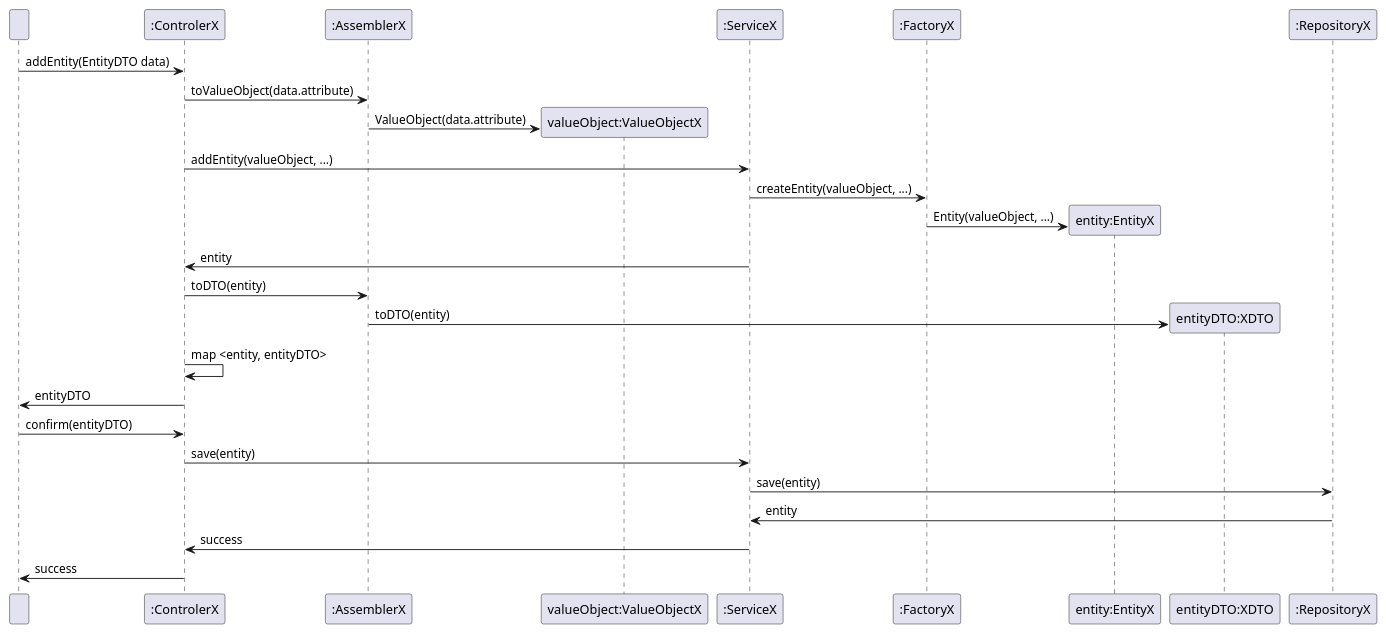
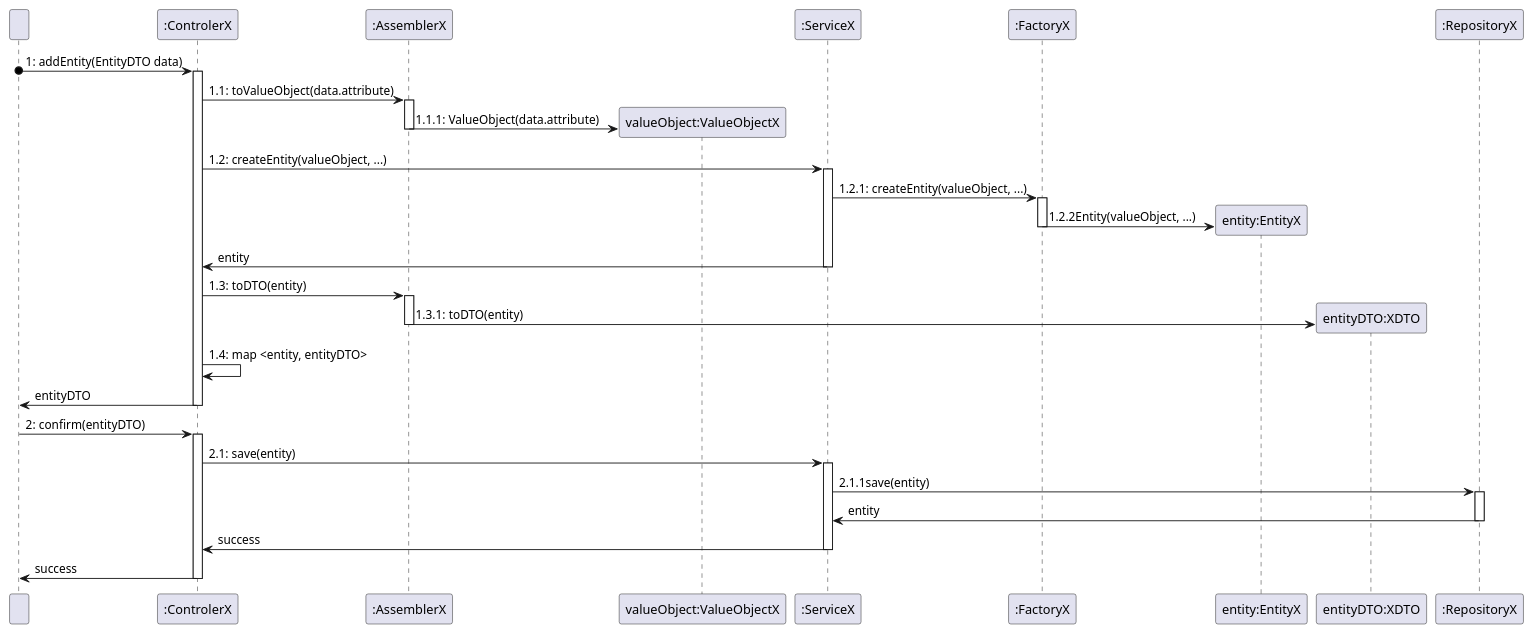
The diagram in docs/general/exampleSequenceDiagrams/CreateEntityWithValidation.puml (olivDiogo/SmartHome), drawn with PlantUML before and after one commit. The commit also changed 12 other files, not shown here.

Commit message:
#127 updated diagrams for US04 #59 updated example diagrams

```diff
--- a/docs/general/exampleSequenceDiagrams/CreateEntityWithValidation.puml
+++ b/docs/general/exampleSequenceDiagrams/CreateEntityWithValidation.puml
@@ -1,34 +1,51 @@
 @startuml
 participant "  " as User
 participant ":ControlerX" as Controller
 participant ":AssemblerX" as Assembler
 participant "valueObject:ValueObjectX" as ValueObject
 participant ":ServiceX" as Service
 participant ":FactoryX" as Factory
 participant "entity:EntityX" as Entity
 participant "entityDTO:XDTO" as XDTO
 participant ":RepositoryX" as Repository
 
 
-User -> Controller: addEntity(EntityDTO data)
-Controller -> Assembler: toValueObject(data.attribute)
+User o-> Controller: 1: addEntity(EntityDTO data)
+activate Controller
+Controller -> Assembler: 1.1: toValueObject(data.attribute)
+activate Assembler
 create ValueObject
-Assembler -> ValueObject: ValueObject(data.attribute)
-Controller -> Service: addEntity(valueObject, ...)
-Service -> Factory: createEntity(valueObject, ...)
+Assembler -> ValueObject: 1.1.1: ValueObject(data.attribute)
+deactivate Assembler
+Controller -> Service: 1.2: createEntity(valueObject, ...)
+activate Service
+Service -> Factory: 1.2.1: createEntity(valueObject, ...)
+activate Factory
 create Entity
-Factory -> Entity: Entity(valueObject, ...)
+Factory -> Entity: 1.2.2Entity(valueObject, ...)
+deactivate Factory
 Service -> Controller: entity
-Controller -> Assembler: toDTO(entity)
+deactivate Service
+Controller -> Assembler: 1.3: toDTO(entity)
+activate Assembler
 create XDTO
-Assembler -> XDTO: toDTO(entity)
-Controller -> Controller: map <entity, entityDTO>
+Assembler -> XDTO: 1.3.1: toDTO(entity)
+deactivate Assembler
+
+Controller -> Controller: 1.4: map <entity, entityDTO>
 Controller -> User: entityDTO
-User -> Controller: confirm(entityDTO)
-Controller -> Service: save(entity)
-Service -> Repository: save(entity)
+deactivate Controller
+User -> Controller: 2: confirm(entityDTO)
+activate Controller
+Controller -> Service: 2.1: save(entity)
+activate Service
+Service -> Repository: 2.1.1save(entity)
+activate Repository
 Repository -> Service: entity
+deactivate Repository
 Service -> Controller: success
+deactivate Service
 Controller -> User: success
+deactivate Controller
 
 @enduml
```
